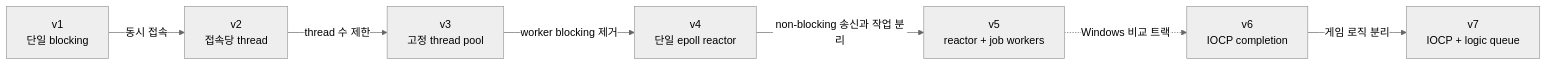
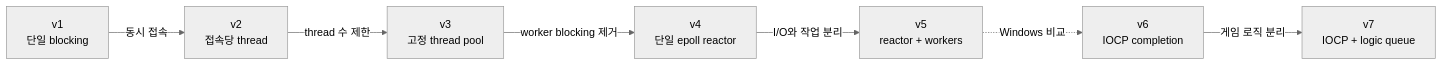
One commit to 1sanguk/CPP_Server changed the diagram in README.md. Above: the diagram before and after it, drawn with Mermaid (neutral theme). The commit also changed other lines of this file and 16 other files, not shown here.

````diff
--- a/README.md
+++ b/README.md
@@ -27,9 +19,9 @@
 ```mermaid
 flowchart LR
     V1["v1<br/>단일 blocking"] -->|"동시 접속"| V2["v2<br/>접속당 thread"]
     V2 -->|"thread 수 제한"| V3["v3<br/>고정 thread pool"]
     V3 -->|"worker blocking 제거"| V4["v4<br/>단일 epoll reactor"]
-    V4 -->|"non-blocking 송신과 작업 분리"| V5["v5<br/>reactor + job workers"]
-    V5 -. "Windows 비교 트랙" .-> V6["v6<br/>IOCP completion"]
+    V4 -->|"I/O와 작업 분리"| V5["v5<br/>reactor + workers"]
+    V5 -. "Windows 비교" .-> V6["v6<br/>IOCP completion"]
     V6 -->|"게임 로직 분리"| V7["v7<br/>IOCP + logic queue"]
 ```
````
